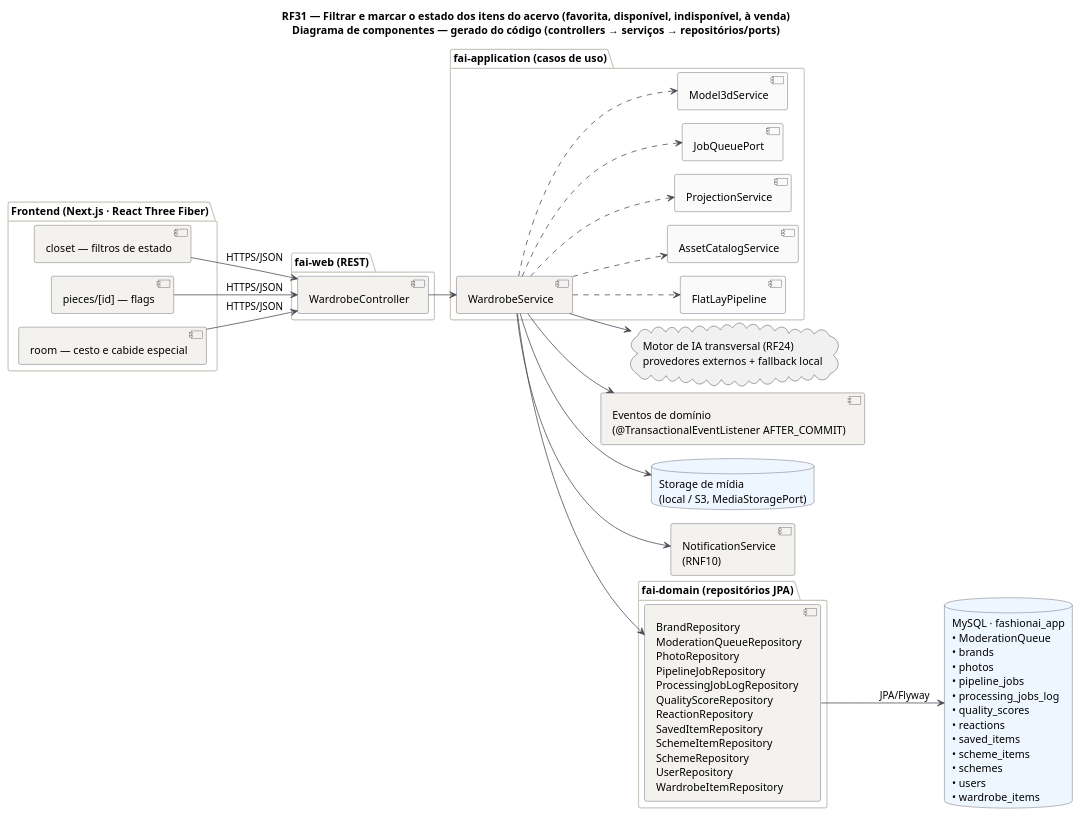
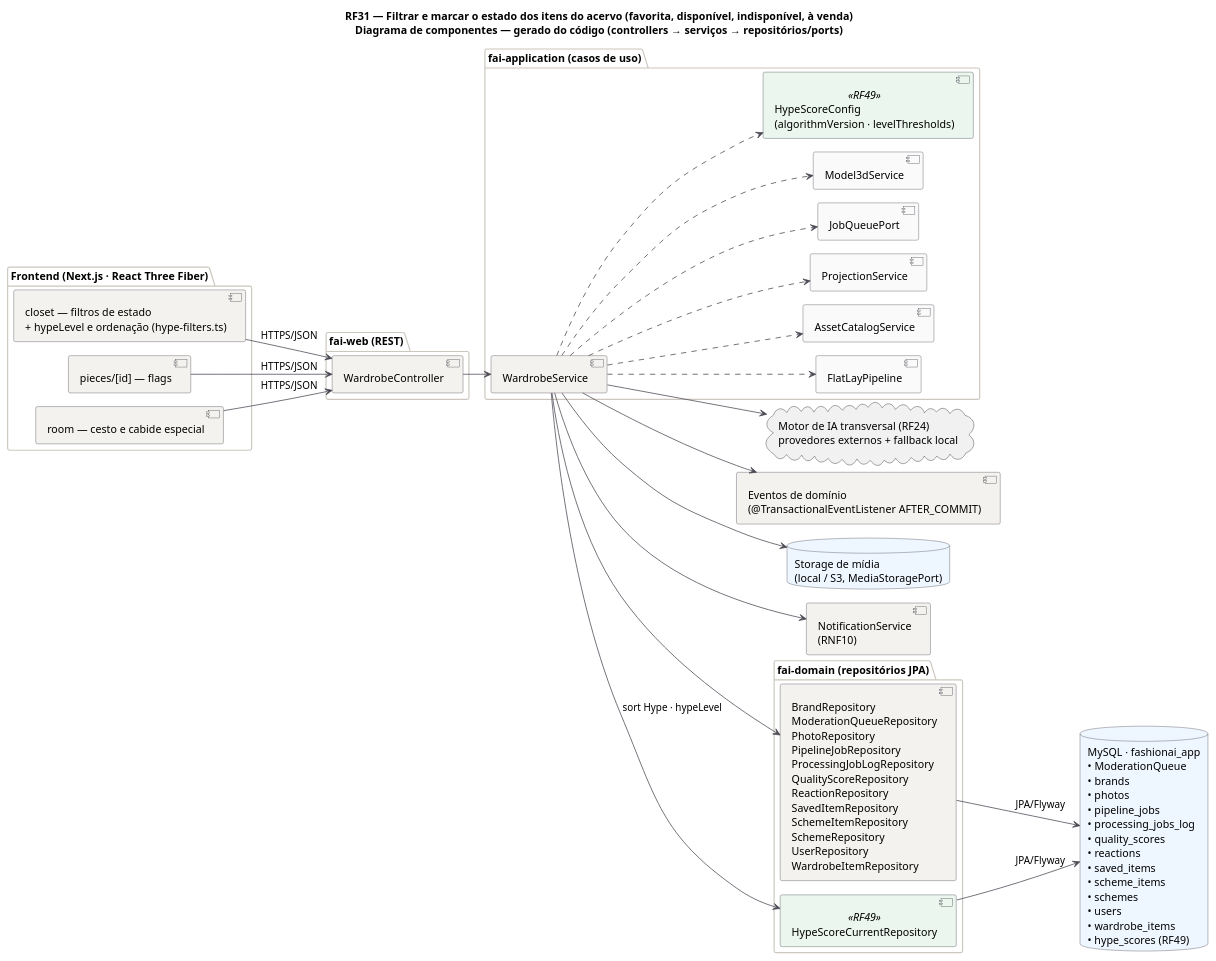
Before and after one commit to MatheusHaliski/tcc-2026-fashion-ai-backend: the diagram in docs/diagramas/RF31/RF31-componentes.puml, drawn with PlantUML. The commit also changed 27 other files, not shown here.

First line of the commit message:
Diagramas RF6, RF31 e RF42 atualizados com o HypeScore v2 (RF49)

```diff
--- a/docs/diagramas/RF31/RF31-componentes.puml
+++ b/docs/diagramas/RF31/RF31-componentes.puml
@@ -1,59 +1,65 @@
 @startuml RF31_Componentes
 title RF31 — Filtrar e marcar o estado dos itens do acervo (favorita, disponível, indisponível, à venda)\nDiagrama de componentes — gerado do código (controllers → serviços → repositórios/ports)
 !pragma layout smetana
 skinparam backgroundColor #FFFFFF
 skinparam component {
   BackgroundColor #F4F2EF
+  BackgroundColor<<RF49>> #EAF6EE
   BorderColor #4A4852
   ArrowColor #4A4852
 }
 skinparam package {
   BorderColor #CBC6BE
 }
 skinparam database {
   BackgroundColor #EEF6FF
   BorderColor #4A4852
 }
 left to right direction
 
 package "Frontend (Next.js · React Three Fiber)" {
-  component "closet — filtros de estado" as FE0
+  component "closet — filtros de estado\n+ hypeLevel e ordenação (hype-filters.ts)" as FE0
   component "pieces/[id] — flags" as FE1
   component "room — cesto e cabide especial" as FE2
 }
 package "fai-web (REST)" {
   [WardrobeController] as WardrobeController
 }
 package "fai-application (casos de uso)" {
   [WardrobeService] as WardrobeService
   [FlatLayPipeline] as FlatLayPipeline #FAFAFA
   [AssetCatalogService] as AssetCatalogService #FAFAFA
   [ProjectionService] as ProjectionService #FAFAFA
   [JobQueuePort] as JobQueuePort #FAFAFA
   [Model3dService] as Model3dService #FAFAFA
+  [HypeScoreConfig\n(algorithmVersion · levelThresholds)] as HypeScoreConfig <<RF49>>
 }
 package "fai-domain (repositórios JPA)" {
   [BrandRepository\nModerationQueueRepository\nPhotoRepository\nPipelineJobRepository\nProcessingJobLogRepository\nQualityScoreRepository\nReactionRepository\nSavedItemRepository\nSchemeItemRepository\nSchemeRepository\nUserRepository\nWardrobeItemRepository] as REPOS
+  [HypeScoreCurrentRepository] as HypeRepo <<RF49>>
 }
-database "MySQL · fashionai_app\n• ModerationQueue\n• brands\n• photos\n• pipeline_jobs\n• processing_jobs_log\n• quality_scores\n• reactions\n• saved_items\n• scheme_items\n• schemes\n• users\n• wardrobe_items" as DB
+database "MySQL · fashionai_app\n• ModerationQueue\n• brands\n• photos\n• pipeline_jobs\n• processing_jobs_log\n• quality_scores\n• reactions\n• saved_items\n• scheme_items\n• schemes\n• users\n• wardrobe_items\n• hype_scores (RF49)" as DB
 cloud "Motor de IA transversal (RF24)\nprovedores externos + fallback local" as P_ai
 [Eventos de domínio\n(@TransactionalEventListener AFTER_COMMIT)] as P_events
 database "Storage de mídia\n(local / S3, MediaStoragePort)" as P_media
 [NotificationService\n(RNF10)] as P_notif
 
 FE0 --> WardrobeController : HTTPS/JSON
 FE1 --> WardrobeController : HTTPS/JSON
 FE2 --> WardrobeController : HTTPS/JSON
 WardrobeController --> WardrobeService
 WardrobeService ..> FlatLayPipeline
 WardrobeService ..> AssetCatalogService
 WardrobeService ..> ProjectionService
 WardrobeService ..> JobQueuePort
 WardrobeService ..> Model3dService
 WardrobeService --> REPOS
 WardrobeService --> P_ai
 WardrobeService --> P_media
 WardrobeService --> P_notif
 WardrobeService --> P_events
 REPOS --> DB : JPA/Flyway
+WardrobeService --> HypeRepo : sort Hype · hypeLevel
+WardrobeService ..> HypeScoreConfig
+HypeRepo --> DB : JPA/Flyway
 @enduml
```
